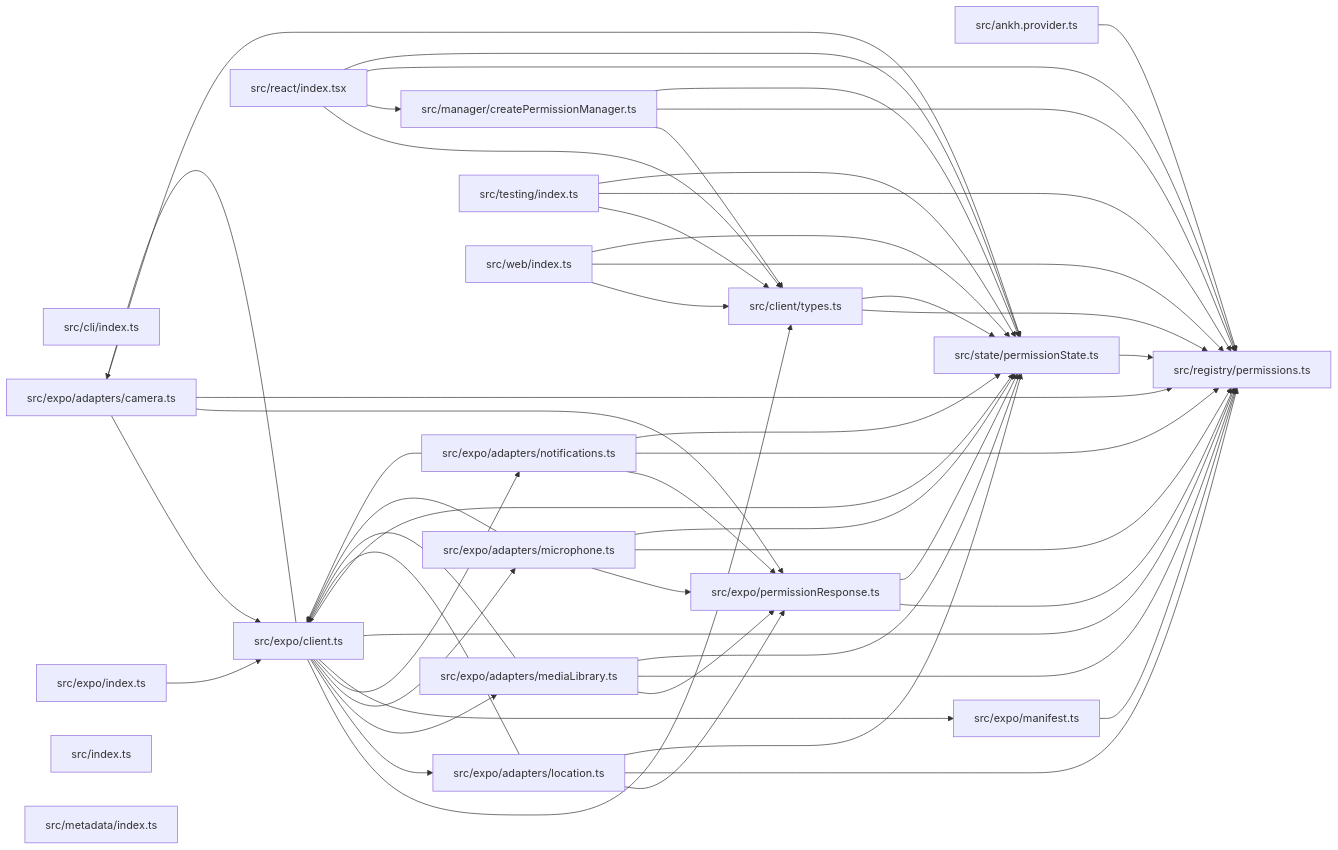
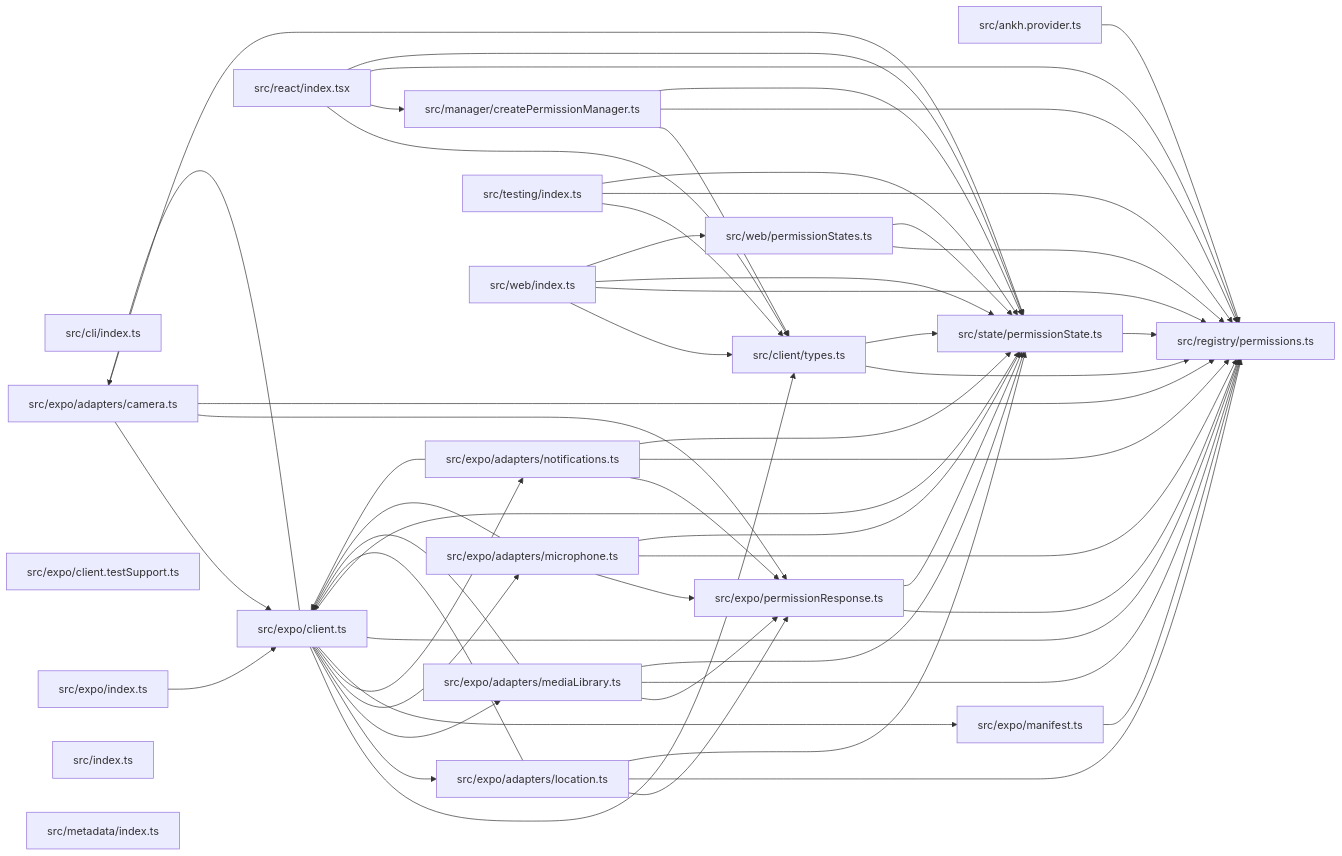
Before and after one commit to ankhorage/permissions: the diagram in paradox/diagrams/module-relationships.mmd, drawn with Mermaid. The commit also changed 38 other files, not shown here.

```diff
--- a/paradox/diagrams/module-relationships.mmd
+++ b/paradox/diagrams/module-relationships.mmd
@@ -1,71 +1,76 @@
 graph LR
   module_src_ankh_provider_ts["src/ankh.provider.ts"]
   module_src_cli_index_ts["src/cli/index.ts"]
   module_src_client_types_ts["src/client/types.ts"]
   module_src_expo_adapters_camera_ts["src/expo/adapters/camera.ts"]
   module_src_expo_adapters_location_ts["src/expo/adapters/location.ts"]
   module_src_expo_adapters_mediaLibrary_ts["src/expo/adapters/mediaLibrary.ts"]
   module_src_expo_adapters_microphone_ts["src/expo/adapters/microphone.ts"]
   module_src_expo_adapters_notifications_ts["src/expo/adapters/notifications.ts"]
+  module_src_expo_client_testSupport_ts["src/expo/client.testSupport.ts"]
   module_src_expo_client_ts["src/expo/client.ts"]
   module_src_expo_index_ts["src/expo/index.ts"]
   module_src_expo_manifest_ts["src/expo/manifest.ts"]
   module_src_expo_permissionResponse_ts["src/expo/permissionResponse.ts"]
   module_src_index_ts["src/index.ts"]
   module_src_manager_createPermissionManager_ts["src/manager/createPermissionManager.ts"]
   module_src_metadata_index_ts["src/metadata/index.ts"]
   module_src_react_index_tsx["src/react/index.tsx"]
   module_src_registry_permissions_ts["src/registry/permissions.ts"]
   module_src_state_permissionState_ts["src/state/permissionState.ts"]
   module_src_testing_index_ts["src/testing/index.ts"]
   module_src_web_index_ts["src/web/index.ts"]
+  module_src_web_permissionStates_ts["src/web/permissionStates.ts"]
   module_src_ankh_provider_ts --> module_src_registry_permissions_ts
   module_src_client_types_ts --> module_src_registry_permissions_ts
   module_src_client_types_ts --> module_src_state_permissionState_ts
   module_src_expo_adapters_camera_ts --> module_src_expo_client_ts
   module_src_expo_adapters_camera_ts --> module_src_expo_permissionResponse_ts
   module_src_expo_adapters_camera_ts --> module_src_registry_permissions_ts
   module_src_expo_adapters_camera_ts --> module_src_state_permissionState_ts
   module_src_expo_adapters_location_ts --> module_src_expo_client_ts
   module_src_expo_adapters_location_ts --> module_src_expo_permissionResponse_ts
   module_src_expo_adapters_location_ts --> module_src_registry_permissions_ts
   module_src_expo_adapters_location_ts --> module_src_state_permissionState_ts
   module_src_expo_adapters_mediaLibrary_ts --> module_src_expo_client_ts
   module_src_expo_adapters_mediaLibrary_ts --> module_src_expo_permissionResponse_ts
   module_src_expo_adapters_mediaLibrary_ts --> module_src_registry_permissions_ts
   module_src_expo_adapters_mediaLibrary_ts --> module_src_state_permissionState_ts
   module_src_expo_adapters_microphone_ts --> module_src_expo_client_ts
   module_src_expo_adapters_microphone_ts --> module_src_expo_permissionResponse_ts
   module_src_expo_adapters_microphone_ts --> module_src_registry_permissions_ts
   module_src_expo_adapters_microphone_ts --> module_src_state_permissionState_ts
   module_src_expo_adapters_notifications_ts --> module_src_expo_client_ts
   module_src_expo_adapters_notifications_ts --> module_src_expo_permissionResponse_ts
   module_src_expo_adapters_notifications_ts --> module_src_registry_permissions_ts
   module_src_expo_adapters_notifications_ts --> module_src_state_permissionState_ts
   module_src_expo_client_ts --> module_src_client_types_ts
   module_src_expo_client_ts --> module_src_expo_adapters_camera_ts
   module_src_expo_client_ts --> module_src_expo_adapters_location_ts
   module_src_expo_client_ts --> module_src_expo_adapters_mediaLibrary_ts
   module_src_expo_client_ts --> module_src_expo_adapters_microphone_ts
   module_src_expo_client_ts --> module_src_expo_adapters_notifications_ts
   module_src_expo_client_ts --> module_src_expo_manifest_ts
   module_src_expo_client_ts --> module_src_registry_permissions_ts
   module_src_expo_client_ts --> module_src_state_permissionState_ts
   module_src_expo_index_ts --> module_src_expo_client_ts
   module_src_expo_manifest_ts --> module_src_registry_permissions_ts
   module_src_expo_permissionResponse_ts --> module_src_registry_permissions_ts
   module_src_expo_permissionResponse_ts --> module_src_state_permissionState_ts
   module_src_manager_createPermissionManager_ts --> module_src_client_types_ts
   module_src_manager_createPermissionManager_ts --> module_src_registry_permissions_ts
   module_src_manager_createPermissionManager_ts --> module_src_state_permissionState_ts
   module_src_react_index_tsx --> module_src_client_types_ts
   module_src_react_index_tsx --> module_src_manager_createPermissionManager_ts
   module_src_react_index_tsx --> module_src_registry_permissions_ts
   module_src_react_index_tsx --> module_src_state_permissionState_ts
   module_src_state_permissionState_ts --> module_src_registry_permissions_ts
   module_src_testing_index_ts --> module_src_client_types_ts
   module_src_testing_index_ts --> module_src_registry_permissions_ts
   module_src_testing_index_ts --> module_src_state_permissionState_ts
   module_src_web_index_ts --> module_src_client_types_ts
   module_src_web_index_ts --> module_src_registry_permissions_ts
   module_src_web_index_ts --> module_src_state_permissionState_ts
+  module_src_web_index_ts --> module_src_web_permissionStates_ts
+  module_src_web_permissionStates_ts --> module_src_registry_permissions_ts
+  module_src_web_permissionStates_ts --> module_src_state_permissionState_ts
```
